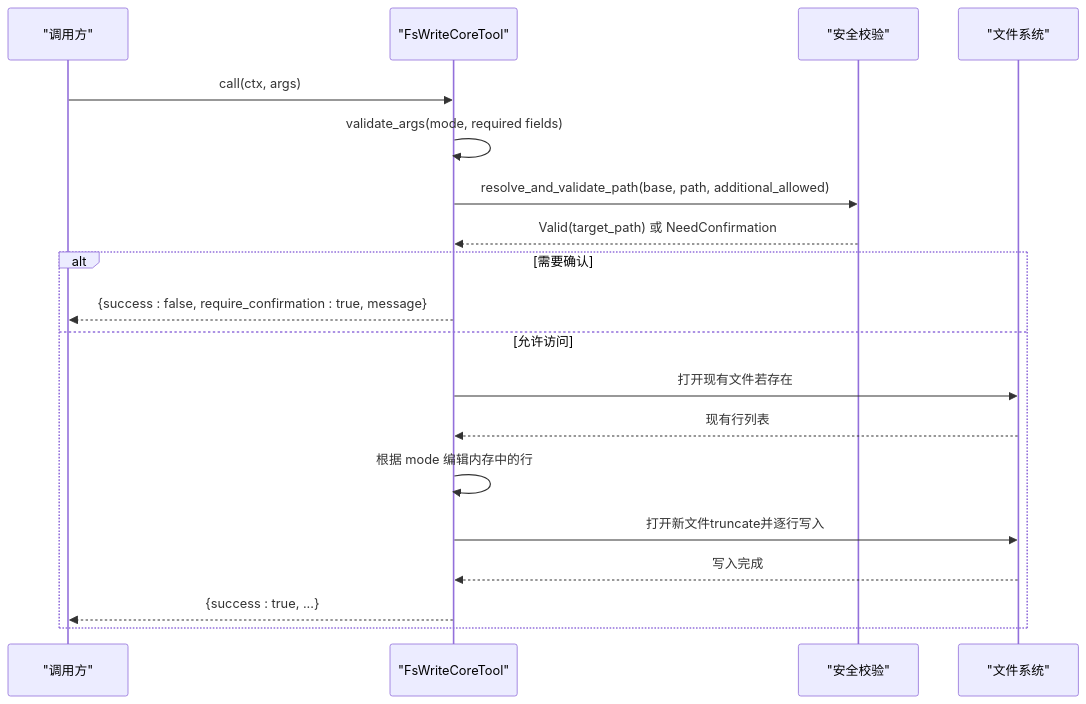
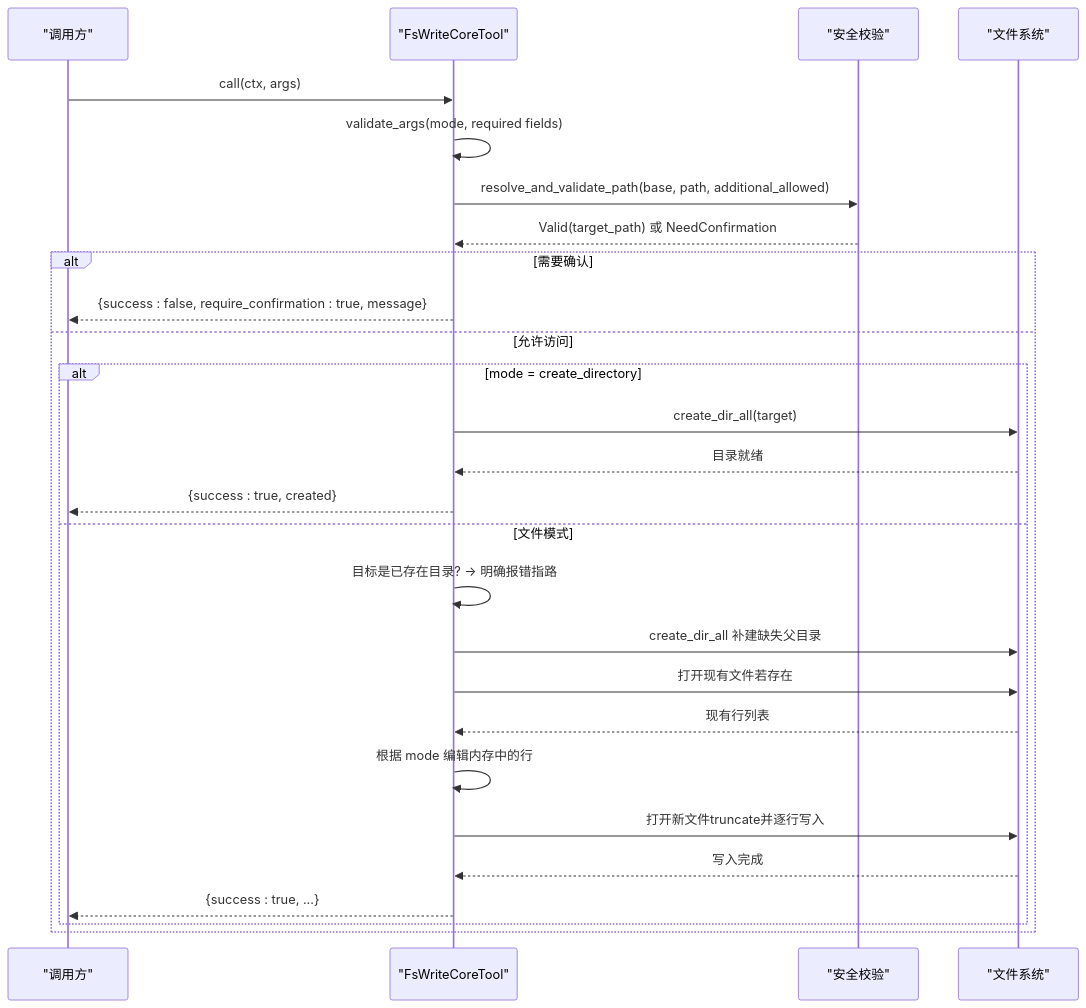
Before and after one commit to runningcoders/ai_orz: the fourth of 5 diagrams in docs/wiki/zh/content/功能模块/工具生态系统/内置工具集/文件系统工具.md, drawn with Mermaid. The commit also changed other lines of this file and 7 other files, not shown here.

First line of the commit message:
feat(tools): fs_read/fs_write 支持目录——读目录列举 + 写自动补建父目录 + create_directory 模式

````diff
--- a/docs/wiki/zh/content/功能模块/工具生态系统/内置工具集/文件系统工具.md
+++ b/docs/wiki/zh/content/功能模块/工具生态系统/内置工具集/文件系统工具.md
@@ -202,21 +219,29 @@
 ```mermaid
 sequenceDiagram
 participant U as "调用方"
 participant W as "FsWriteCoreTool"
 participant S as "安全校验"
 participant FS as "文件系统"
 U->>W : call(ctx, args)
 W->>W : validate_args(mode, required fields)
 W->>S : resolve_and_validate_path(base, path, additional_allowed)
 S-->>W : Valid(target_path) 或 NeedConfirmation
 alt 需要确认
 W-->>U : {success : false, require_confirmation : true, message}
 else 允许访问
+alt mode = create_directory
+W->>FS : create_dir_all(target)
+FS-->>W : 目录就绪
+W-->>U : {success : true, created}
+else 文件模式
+W->>W : 目标是已存在目录? → 明确报错指路
+W->>FS : create_dir_all 补建缺失父目录
 W->>FS : 打开现有文件若存在
 FS-->>W : 现有行列表
 W->>W : 根据 mode 编辑内存中的行
 W->>FS : 打开新文件truncate并逐行写入
 FS-->>W : 写入完成
 W-->>U : {success : true, ...}
 end
+end
 ```
````
